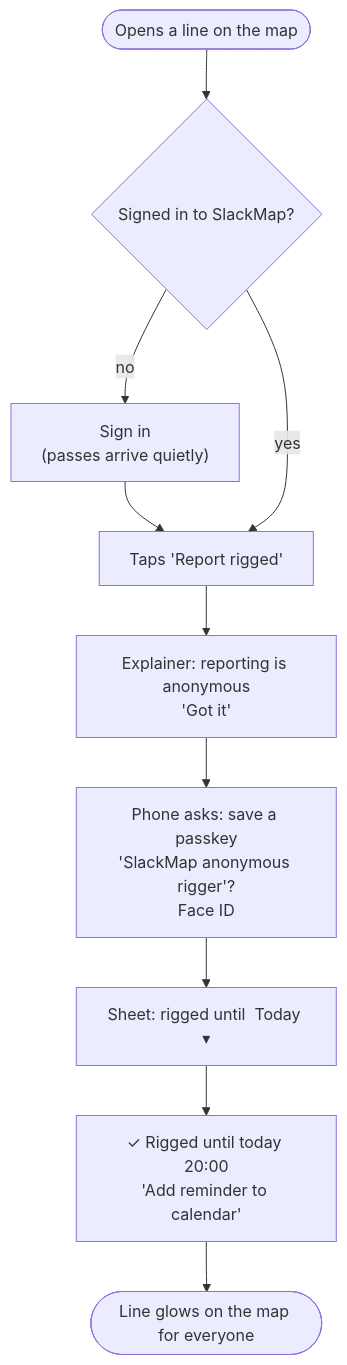
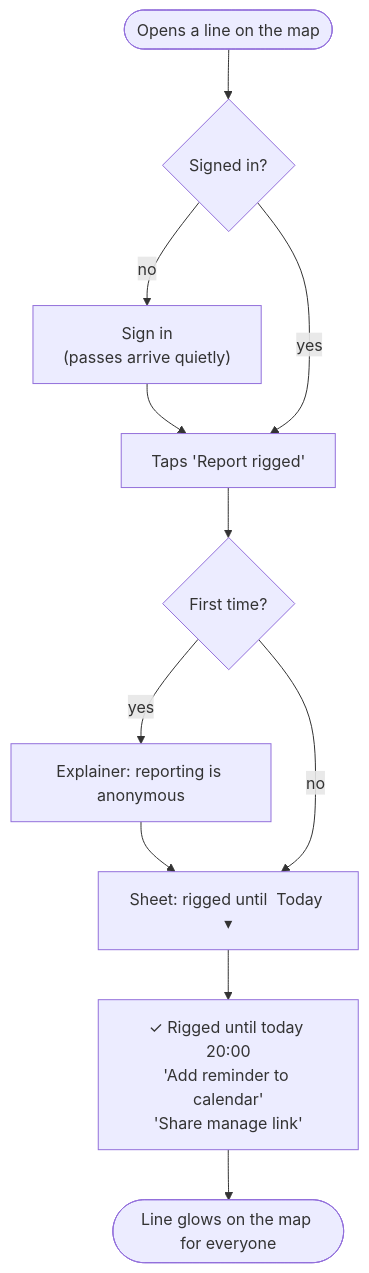
One commit to International-Slackline-Association/isa changed the fifth of 9 diagrams in specs/slackmap-live-lines/flows.md. Above: the diagram before and after it, drawn with Mermaid. The commit also changed other lines of this file and 5 other files, not shown here.

Commit message:
specs/slackmap-live-lines: manage link replaces the passkey; sharing it moves a rig to another device or hands it to a crew member; code after # so it never reaches server logs; hash erased when the rig ends; rejected options listed

````diff
--- a/specs/slackmap-live-lines/flows.md
+++ b/specs/slackmap-live-lines/flows.md
@@ -144,11 +111,11 @@
 ```mermaid
 flowchart TD
-    A([Opens a line on the map]) --> B{Signed in to SlackMap?}
+    A([Opens a line on the map]) --> B{Signed in?}
     B -- no --> S["Sign in<br/>(passes arrive quietly)"] --> C
     B -- yes --> C["Taps 'Report rigged'"]
-    C --> E["Explainer: reporting is anonymous<br/>'Got it'"]
-    E --> P["Phone asks: save a passkey<br/>'SlackMap anonymous rigger'?<br/>Face ID"]
-    P --> Sh["Sheet: rigged until  Today ▾"]
-    Sh --> D["✓ Rigged until today 20:00<br/>'Add reminder to calendar'"]
+    C --> F{First time?}
+    F -- yes --> E["Explainer: reporting is anonymous"] --> Sh
+    F -- no --> Sh["Sheet: rigged until  Today ▾"]
+    Sh --> D["✓ Rigged until today 20:00<br/>'Add reminder to calendar'<br/>'Share manage link'"]
     D --> M([Line glows on the map for everyone])
 ```
````
